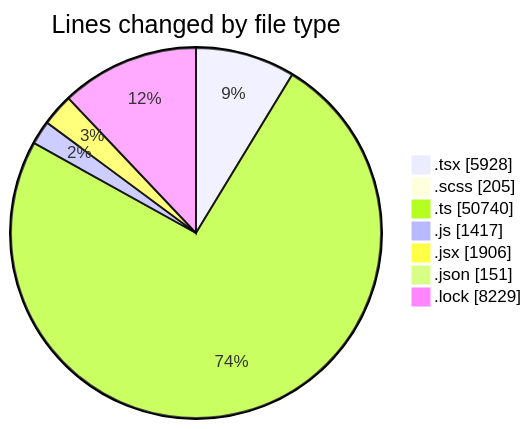
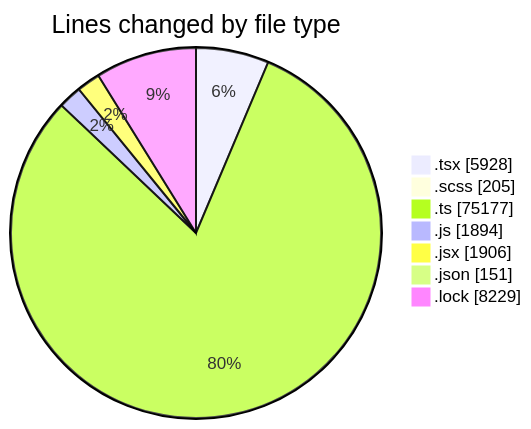
The first of 2 diagrams in 2026-09-10/cda/README.md (momahboobian/code-tracking), drawn with Mermaid before and after one commit. The commit also changed other lines of this file and 1 other file, not shown here.

````diff
--- a/2026-09-10/cda/README.md
+++ b/2026-09-10/cda/README.md
@@ -90,11 +97,11 @@
 ```mermaid
 pie showData
 title Lines changed by file type
 ".tsx" : 5928
 ".scss" : 205
-".ts" : 50740
-".js" : 1417
+".ts" : 75177
+".js" : 1894
 ".jsx" : 1906
 ".json" : 151
 ".lock" : 8229
 ```
````
